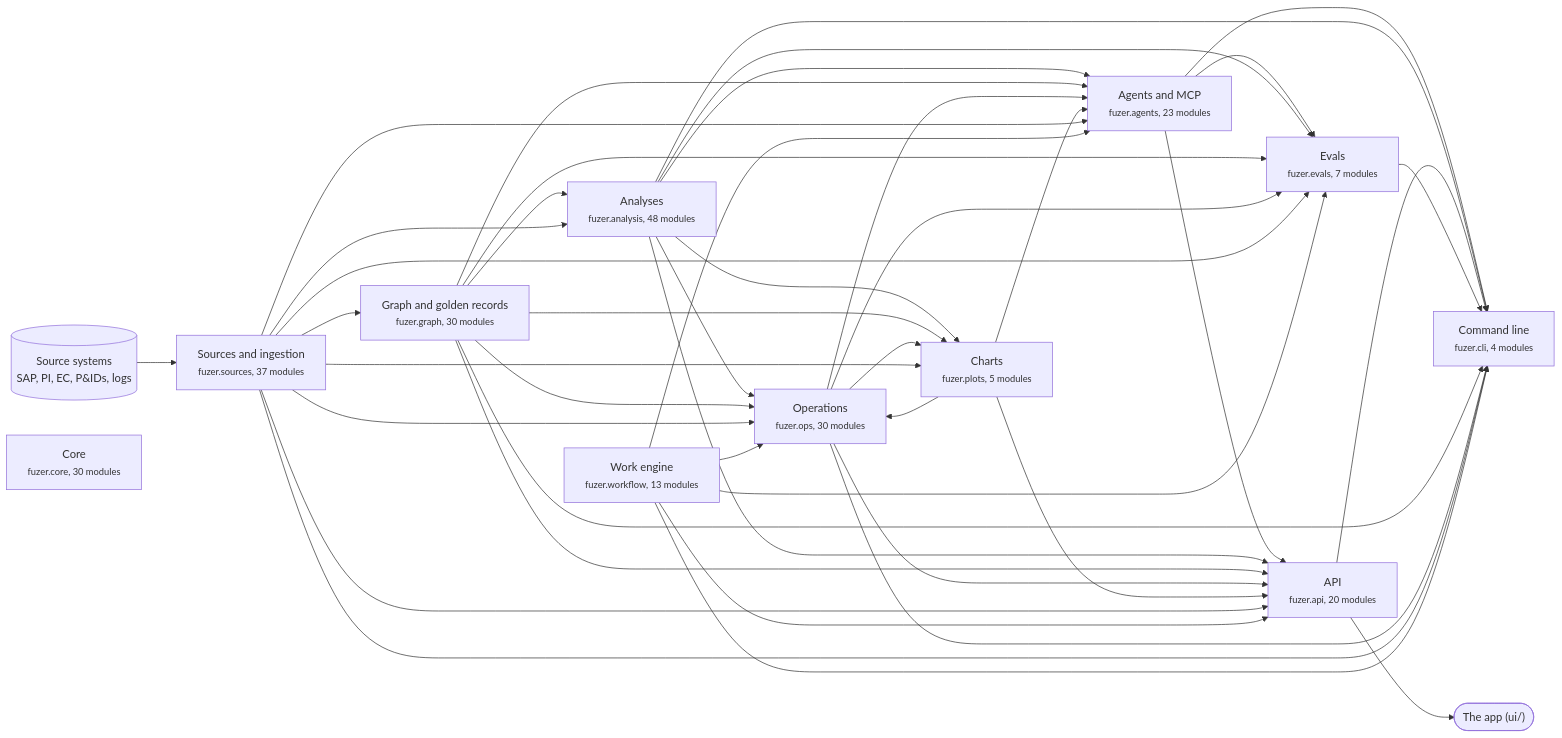
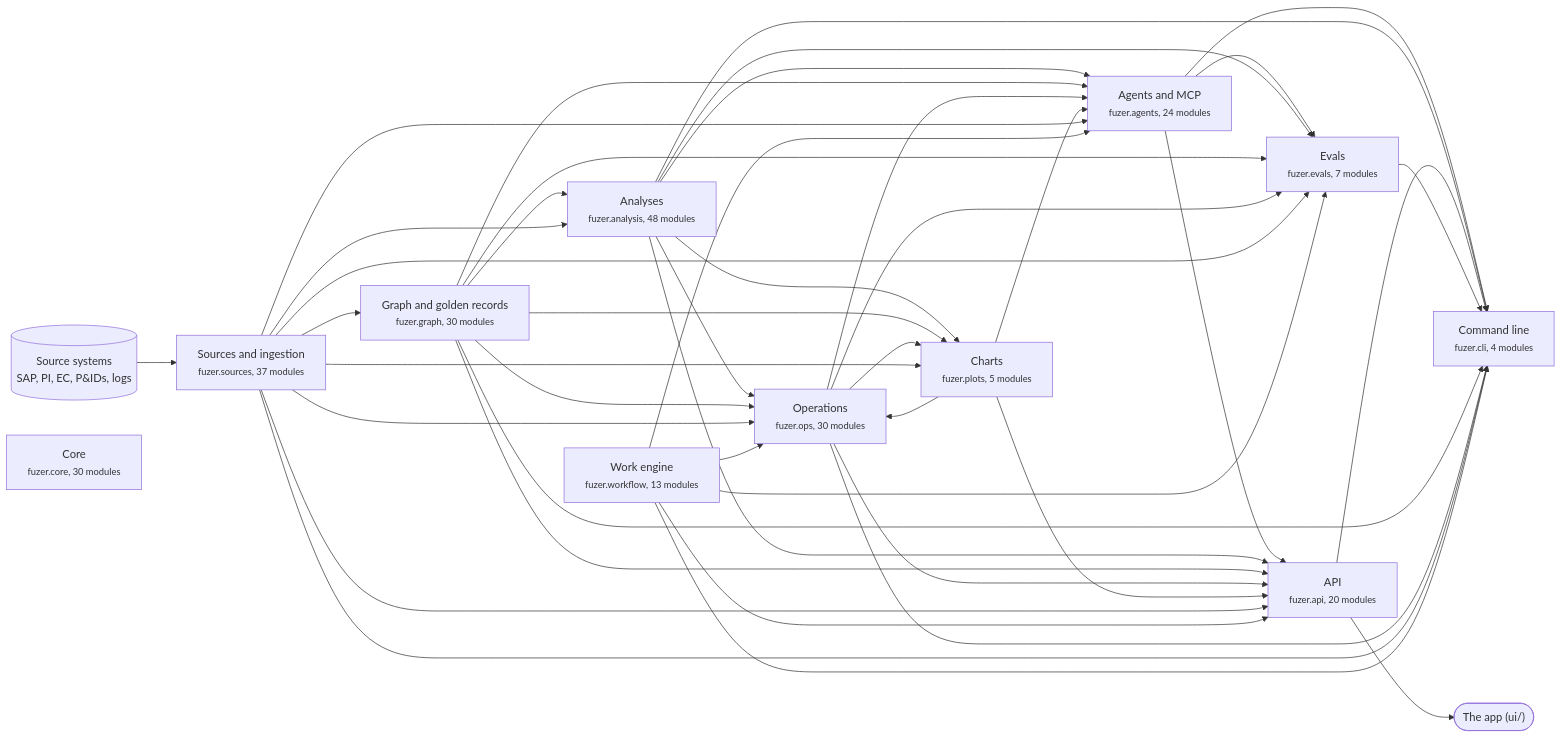
One commit to areed145/fuzer changed the first of 3 diagrams in docs/architecture.md. Above: the diagram before and after it, drawn with Mermaid. The commit also changed other lines of this file and 4 other files, not shown here.

````diff
--- a/docs/architecture.md
+++ b/docs/architecture.md
@@ -8,67 +8,67 @@
 ```mermaid
 flowchart LR
   systems[("Source systems<br>SAP, PI, EC, P&IDs, logs")] --> c_sources
   app(["The app (ui/)"])
   c_api --> app
   c_sources["Sources and ingestion<br><small>fuzer.sources, 37 modules</small>"]
   c_graph["Graph and golden records<br><small>fuzer.graph, 30 modules</small>"]
   c_analysis["Analyses<br><small>fuzer.analysis, 48 modules</small>"]
   c_ops["Operations<br><small>fuzer.ops, 30 modules</small>"]
   c_plots["Charts<br><small>fuzer.plots, 5 modules</small>"]
   c_workflow["Work engine<br><small>fuzer.workflow, 13 modules</small>"]
-  c_agents["Agents and MCP<br><small>fuzer.agents, 23 modules</small>"]
+  c_agents["Agents and MCP<br><small>fuzer.agents, 24 modules</small>"]
   c_evals["Evals<br><small>fuzer.evals, 7 modules</small>"]
   c_api["API<br><small>fuzer.api, 20 modules</small>"]
   c_cli["Command line<br><small>fuzer.cli, 4 modules</small>"]
   c_core["Core<br><small>fuzer.core, 30 modules</small>"]
   c_sources --> c_graph
   c_graph --> c_analysis
   c_sources --> c_analysis
   c_analysis --> c_ops
   c_graph --> c_ops
   c_plots --> c_ops
   c_sources --> c_ops
   c_workflow --> c_ops
   c_analysis --> c_plots
   c_graph --> c_plots
   c_ops --> c_plots
   c_sources --> c_plots
   c_analysis --> c_agents
   c_graph --> c_agents
   c_ops --> c_agents
   c_plots --> c_agents
   c_sources --> c_agents
   c_workflow --> c_agents
   c_agents --> c_evals
   c_analysis --> c_evals
   c_graph --> c_evals
   c_ops --> c_evals
   c_sources --> c_evals
   c_workflow --> c_evals
   c_agents --> c_api
   c_analysis --> c_api
   c_graph --> c_api
   c_ops --> c_api
   c_plots --> c_api
   c_sources --> c_api
   c_workflow --> c_api
   c_agents --> c_cli
   c_analysis --> c_cli
   c_api --> c_cli
   c_evals --> c_cli
   c_graph --> c_cli
   c_ops --> c_cli
   c_sources --> c_cli
   c_workflow --> c_cli
   click c_sources "https://github.com/areed145/fuzer/tree/main/src/fuzer/sources"
   click c_graph "https://github.com/areed145/fuzer/tree/main/src/fuzer/graph"
   click c_analysis "https://github.com/areed145/fuzer/tree/main/src/fuzer/analysis"
   click c_ops "https://github.com/areed145/fuzer/tree/main/src/fuzer/ops"
   click c_plots "https://github.com/areed145/fuzer/tree/main/src/fuzer/plots"
   click c_workflow "https://github.com/areed145/fuzer/tree/main/src/fuzer/workflow"
   click c_agents "https://github.com/areed145/fuzer/tree/main/src/fuzer/agents"
   click c_evals "https://github.com/areed145/fuzer/tree/main/src/fuzer/evals"
   click c_api "https://github.com/areed145/fuzer/tree/main/src/fuzer/api"
   click c_cli "https://github.com/areed145/fuzer/tree/main/src/fuzer/cli"
   click c_core "https://github.com/areed145/fuzer/tree/main/src/fuzer/core"
 ```
````
